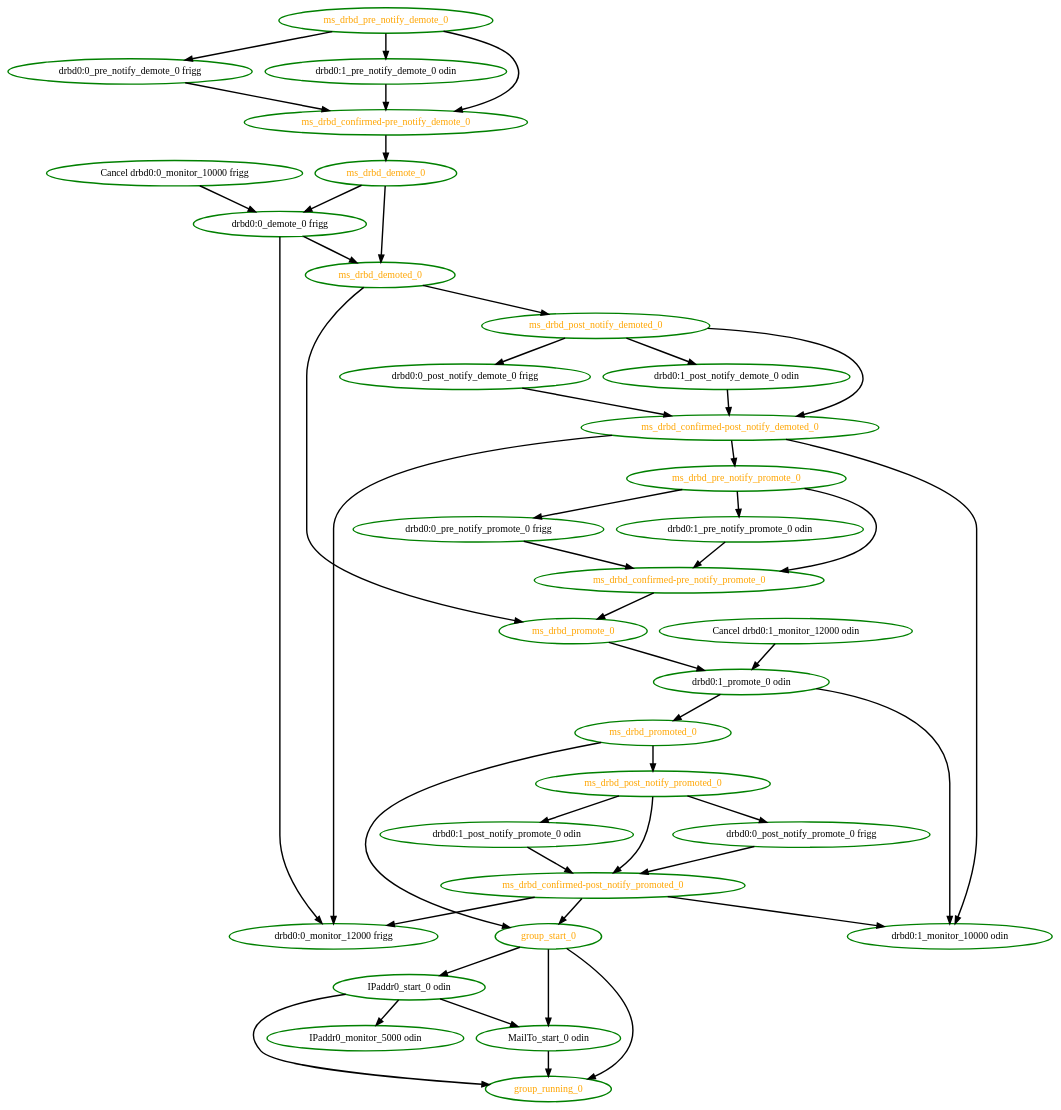
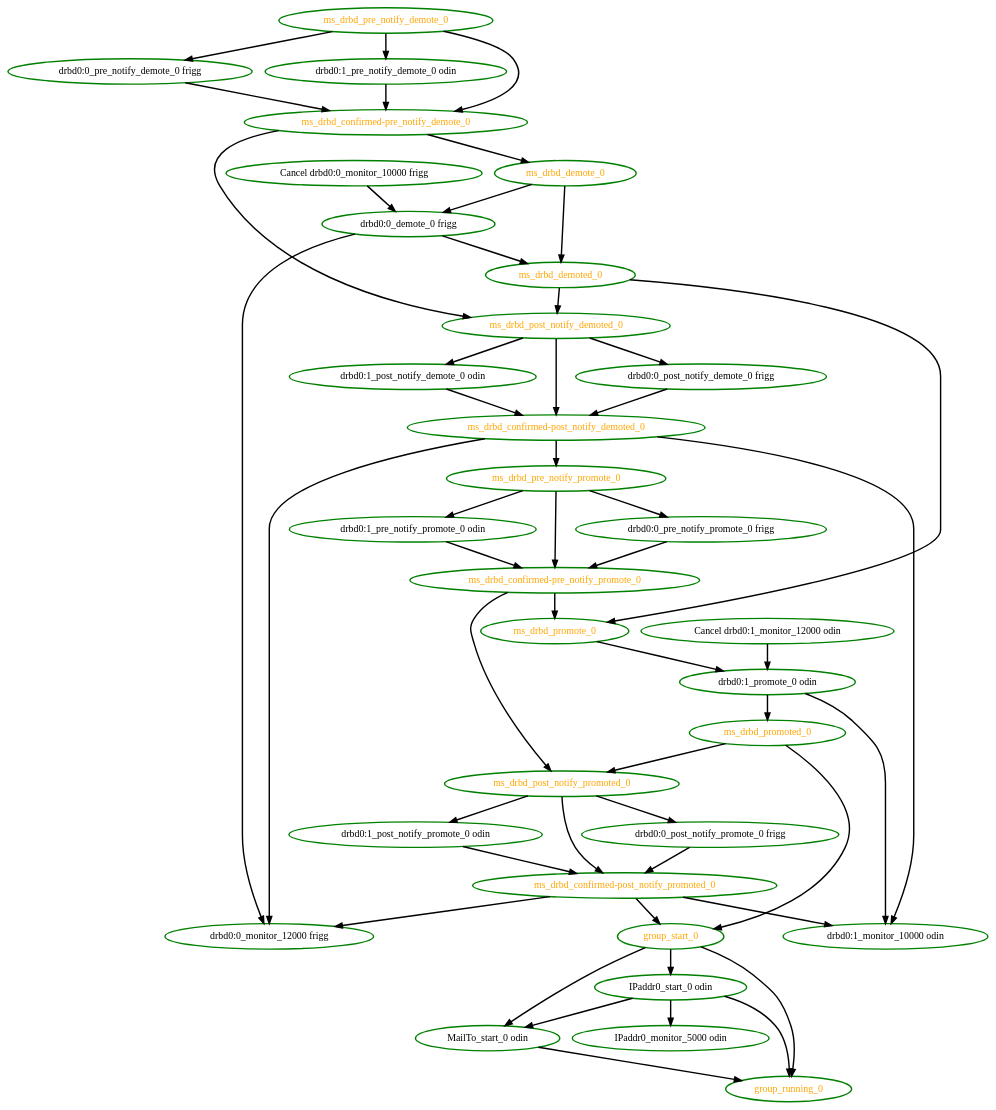
The diagram in pengine/test10/master-13.dot (linux-ha-japan/pm_diskd), drawn with Graphviz before and after one commit. The commit also changed 54 other files, not shown here.

Commit message:
Low: PE: Ensure the relative ordering of pre and post notifications

```diff
--- a/pengine/test10/master-13.dot
+++ b/pengine/test10/master-13.dot
@@ -1,81 +1,83 @@
 digraph "g" {
 "Cancel drbd0:0_monitor_10000 frigg" -> "drbd0:0_demote_0 frigg" [ style = bold]
 "Cancel drbd0:0_monitor_10000 frigg" [ style=bold color="green" fontcolor="black"  ]
 "Cancel drbd0:1_monitor_12000 odin" -> "drbd0:1_promote_0 odin" [ style = bold]
 "Cancel drbd0:1_monitor_12000 odin" [ style=bold color="green" fontcolor="black"  ]
 "IPaddr0_monitor_5000 odin" [ style=bold color="green" fontcolor="black"  ]
 "IPaddr0_start_0 odin" -> "IPaddr0_monitor_5000 odin" [ style = bold]
 "IPaddr0_start_0 odin" -> "MailTo_start_0 odin" [ style = bold]
 "IPaddr0_start_0 odin" -> "group_running_0" [ style = bold]
 "IPaddr0_start_0 odin" [ style=bold color="green" fontcolor="black"  ]
 "MailTo_start_0 odin" -> "group_running_0" [ style = bold]
 "MailTo_start_0 odin" [ style=bold color="green" fontcolor="black"  ]
 "drbd0:0_demote_0 frigg" -> "drbd0:0_monitor_12000 frigg" [ style = bold]
 "drbd0:0_demote_0 frigg" -> "ms_drbd_demoted_0" [ style = bold]
 "drbd0:0_demote_0 frigg" [ style=bold color="green" fontcolor="black"  ]
 "drbd0:0_monitor_12000 frigg" [ style=bold color="green" fontcolor="black"  ]
 "drbd0:0_post_notify_demote_0 frigg" -> "ms_drbd_confirmed-post_notify_demoted_0" [ style = bold]
 "drbd0:0_post_notify_demote_0 frigg" [ style=bold color="green" fontcolor="black"  ]
 "drbd0:0_post_notify_promote_0 frigg" -> "ms_drbd_confirmed-post_notify_promoted_0" [ style = bold]
 "drbd0:0_post_notify_promote_0 frigg" [ style=bold color="green" fontcolor="black"  ]
 "drbd0:0_pre_notify_demote_0 frigg" -> "ms_drbd_confirmed-pre_notify_demote_0" [ style = bold]
 "drbd0:0_pre_notify_demote_0 frigg" [ style=bold color="green" fontcolor="black"  ]
 "drbd0:0_pre_notify_promote_0 frigg" -> "ms_drbd_confirmed-pre_notify_promote_0" [ style = bold]
 "drbd0:0_pre_notify_promote_0 frigg" [ style=bold color="green" fontcolor="black"  ]
 "drbd0:1_monitor_10000 odin" [ style=bold color="green" fontcolor="black"  ]
 "drbd0:1_post_notify_demote_0 odin" -> "ms_drbd_confirmed-post_notify_demoted_0" [ style = bold]
 "drbd0:1_post_notify_demote_0 odin" [ style=bold color="green" fontcolor="black"  ]
 "drbd0:1_post_notify_promote_0 odin" -> "ms_drbd_confirmed-post_notify_promoted_0" [ style = bold]
 "drbd0:1_post_notify_promote_0 odin" [ style=bold color="green" fontcolor="black"  ]
 "drbd0:1_pre_notify_demote_0 odin" -> "ms_drbd_confirmed-pre_notify_demote_0" [ style = bold]
 "drbd0:1_pre_notify_demote_0 odin" [ style=bold color="green" fontcolor="black"  ]
 "drbd0:1_pre_notify_promote_0 odin" -> "ms_drbd_confirmed-pre_notify_promote_0" [ style = bold]
 "drbd0:1_pre_notify_promote_0 odin" [ style=bold color="green" fontcolor="black"  ]
 "drbd0:1_promote_0 odin" -> "drbd0:1_monitor_10000 odin" [ style = bold]
 "drbd0:1_promote_0 odin" -> "ms_drbd_promoted_0" [ style = bold]
 "drbd0:1_promote_0 odin" [ style=bold color="green" fontcolor="black"  ]
 "group_running_0" [ style=bold color="green" fontcolor="orange"  ]
 "group_start_0" -> "IPaddr0_start_0 odin" [ style = bold]
 "group_start_0" -> "MailTo_start_0 odin" [ style = bold]
 "group_start_0" -> "group_running_0" [ style = bold]
 "group_start_0" [ style=bold color="green" fontcolor="orange"  ]
 "ms_drbd_confirmed-post_notify_demoted_0" -> "drbd0:0_monitor_12000 frigg" [ style = bold]
 "ms_drbd_confirmed-post_notify_demoted_0" -> "drbd0:1_monitor_10000 odin" [ style = bold]
 "ms_drbd_confirmed-post_notify_demoted_0" -> "ms_drbd_pre_notify_promote_0" [ style = bold]
 "ms_drbd_confirmed-post_notify_demoted_0" [ style=bold color="green" fontcolor="orange"  ]
 "ms_drbd_confirmed-post_notify_promoted_0" -> "drbd0:0_monitor_12000 frigg" [ style = bold]
 "ms_drbd_confirmed-post_notify_promoted_0" -> "drbd0:1_monitor_10000 odin" [ style = bold]
 "ms_drbd_confirmed-post_notify_promoted_0" -> "group_start_0" [ style = bold]
 "ms_drbd_confirmed-post_notify_promoted_0" [ style=bold color="green" fontcolor="orange"  ]
 "ms_drbd_confirmed-pre_notify_demote_0" -> "ms_drbd_demote_0" [ style = bold]
+"ms_drbd_confirmed-pre_notify_demote_0" -> "ms_drbd_post_notify_demoted_0" [ style = bold]
 "ms_drbd_confirmed-pre_notify_demote_0" [ style=bold color="green" fontcolor="orange"  ]
+"ms_drbd_confirmed-pre_notify_promote_0" -> "ms_drbd_post_notify_promoted_0" [ style = bold]
 "ms_drbd_confirmed-pre_notify_promote_0" -> "ms_drbd_promote_0" [ style = bold]
 "ms_drbd_confirmed-pre_notify_promote_0" [ style=bold color="green" fontcolor="orange"  ]
 "ms_drbd_demote_0" -> "drbd0:0_demote_0 frigg" [ style = bold]
 "ms_drbd_demote_0" -> "ms_drbd_demoted_0" [ style = bold]
 "ms_drbd_demote_0" [ style=bold color="green" fontcolor="orange"  ]
 "ms_drbd_demoted_0" -> "ms_drbd_post_notify_demoted_0" [ style = bold]
 "ms_drbd_demoted_0" -> "ms_drbd_promote_0" [ style = bold]
 "ms_drbd_demoted_0" [ style=bold color="green" fontcolor="orange"  ]
 "ms_drbd_post_notify_demoted_0" -> "drbd0:0_post_notify_demote_0 frigg" [ style = bold]
 "ms_drbd_post_notify_demoted_0" -> "drbd0:1_post_notify_demote_0 odin" [ style = bold]
 "ms_drbd_post_notify_demoted_0" -> "ms_drbd_confirmed-post_notify_demoted_0" [ style = bold]
 "ms_drbd_post_notify_demoted_0" [ style=bold color="green" fontcolor="orange"  ]
 "ms_drbd_post_notify_promoted_0" -> "drbd0:0_post_notify_promote_0 frigg" [ style = bold]
 "ms_drbd_post_notify_promoted_0" -> "drbd0:1_post_notify_promote_0 odin" [ style = bold]
 "ms_drbd_post_notify_promoted_0" -> "ms_drbd_confirmed-post_notify_promoted_0" [ style = bold]
 "ms_drbd_post_notify_promoted_0" [ style=bold color="green" fontcolor="orange"  ]
 "ms_drbd_pre_notify_demote_0" -> "drbd0:0_pre_notify_demote_0 frigg" [ style = bold]
 "ms_drbd_pre_notify_demote_0" -> "drbd0:1_pre_notify_demote_0 odin" [ style = bold]
 "ms_drbd_pre_notify_demote_0" -> "ms_drbd_confirmed-pre_notify_demote_0" [ style = bold]
 "ms_drbd_pre_notify_demote_0" [ style=bold color="green" fontcolor="orange"  ]
 "ms_drbd_pre_notify_promote_0" -> "drbd0:0_pre_notify_promote_0 frigg" [ style = bold]
 "ms_drbd_pre_notify_promote_0" -> "drbd0:1_pre_notify_promote_0 odin" [ style = bold]
 "ms_drbd_pre_notify_promote_0" -> "ms_drbd_confirmed-pre_notify_promote_0" [ style = bold]
 "ms_drbd_pre_notify_promote_0" [ style=bold color="green" fontcolor="orange"  ]
 "ms_drbd_promote_0" -> "drbd0:1_promote_0 odin" [ style = bold]
 "ms_drbd_promote_0" [ style=bold color="green" fontcolor="orange"  ]
 "ms_drbd_promoted_0" -> "group_start_0" [ style = bold]
 "ms_drbd_promoted_0" -> "ms_drbd_post_notify_promoted_0" [ style = bold]
 "ms_drbd_promoted_0" [ style=bold color="green" fontcolor="orange"  ]
 }
```
